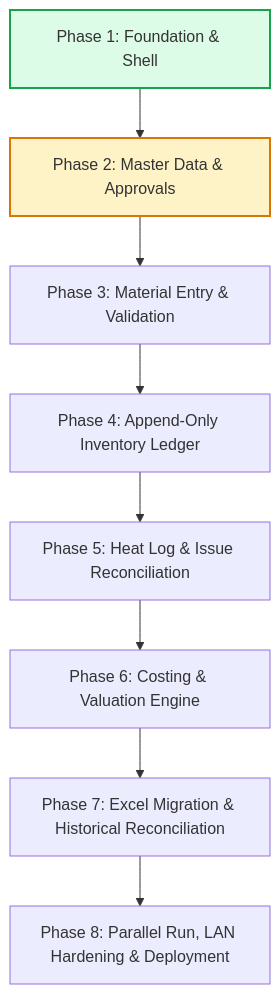
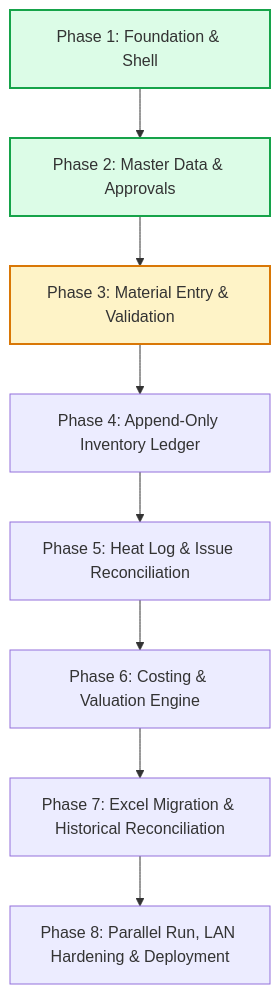
The diagram in docs/IMPLEMENTATION_ROADMAP.md (DarshanCat/material-cost-system-with-AI), drawn with Mermaid before and after one commit. The commit also changed other lines of this file and 39 other files, not shown here.

````diff
--- a/docs/IMPLEMENTATION_ROADMAP.md
+++ b/docs/IMPLEMENTATION_ROADMAP.md
@@ -9,13 +9,14 @@
 ```mermaid
 flowchart TD
     P1[Phase 1: Foundation & Shell] --> P2[Phase 2: Master Data & Approvals]
     P2 --> P3[Phase 3: Material Entry & Validation]
     P3 --> P4[Phase 4: Append-Only Inventory Ledger]
     P4 --> P5[Phase 5: Heat Log & Issue Reconciliation]
     P5 --> P6[Phase 6: Costing & Valuation Engine]
     P6 --> P7[Phase 7: Excel Migration & Historical Reconciliation]
     P7 --> P8[Phase 8: Parallel Run, LAN Hardening & Deployment]
     
     style P1 fill:#dcfce7,stroke:#16a34a,stroke-width:2px
-    style P2 fill:#fef3c7,stroke:#d97706,stroke-width:2px
+    style P2 fill:#dcfce7,stroke:#16a34a,stroke-width:2px
+    style P3 fill:#fef3c7,stroke:#d97706,stroke-width:2px
 ```
````
